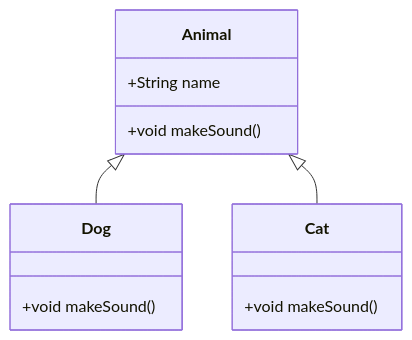
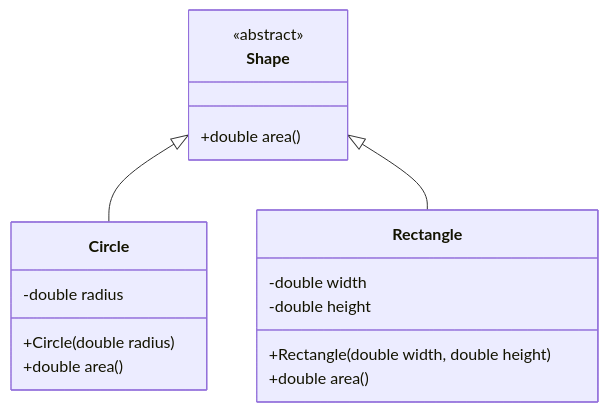
The first of 2 diagrams in java-oop-principles/README.md (VrushankPatel/interview-matters), drawn with Mermaid before and after one commit. The commit also changed other lines of this file and 5 other files, not shown here.

````diff
--- a/java-oop-principles/README.md
+++ b/java-oop-principles/README.md
@@ -54,15 +54,20 @@
 ```mermaid
 classDiagram
-    class Animal {
-        +String name
-        +void makeSound()
+    class Shape {
+        <<abstract>>
+        +double area()
     }
-    class Dog {
-        +void makeSound()
+    class Circle {
+        -double radius
+        +Circle(double radius)
+        +double area()
     }
-    class Cat {
-        +void makeSound()
+    class Rectangle {
+        -double width
+        -double height
+        +Rectangle(double width, double height)
+        +double area()
     }
-    Animal <|-- Dog
-    Animal <|-- Cat
+    Shape <|-- Circle
+    Shape <|-- Rectangle
 ```
````
